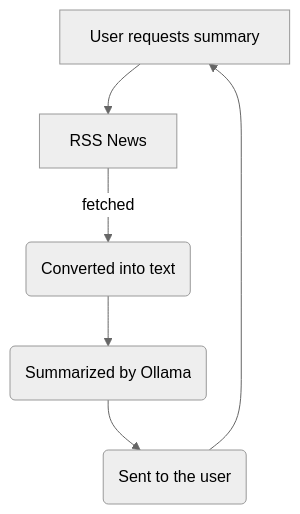
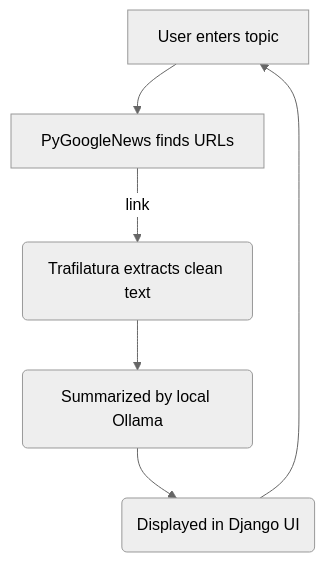
One commit to PranavDesai-Git/AiNewsPlatform changed the diagram in readme.md. Above: the diagram before and after it, drawn with Mermaid (neutral theme). The commit also changed other lines of this file, not shown here.

````diff
--- a/readme.md
+++ b/readme.md
@@ -57,8 +66,8 @@
 ```mermaid
 flowchart TD
-    D[User requests summary] --> A[RSS News] 
-    A -->|fetched| B(Converted into text)
-    B --> C(Summarized by Ollama)
-    C --> U(Sent to the user)
+    D[User enters topic] --> A[PyGoogleNews finds URLs] 
+    A -->|link| B(Trafilatura extracts clean text)
+    B --> C(Summarized by local Ollama)
+    C --> U(Displayed in Django UI)
     U --> D
 ```
````
